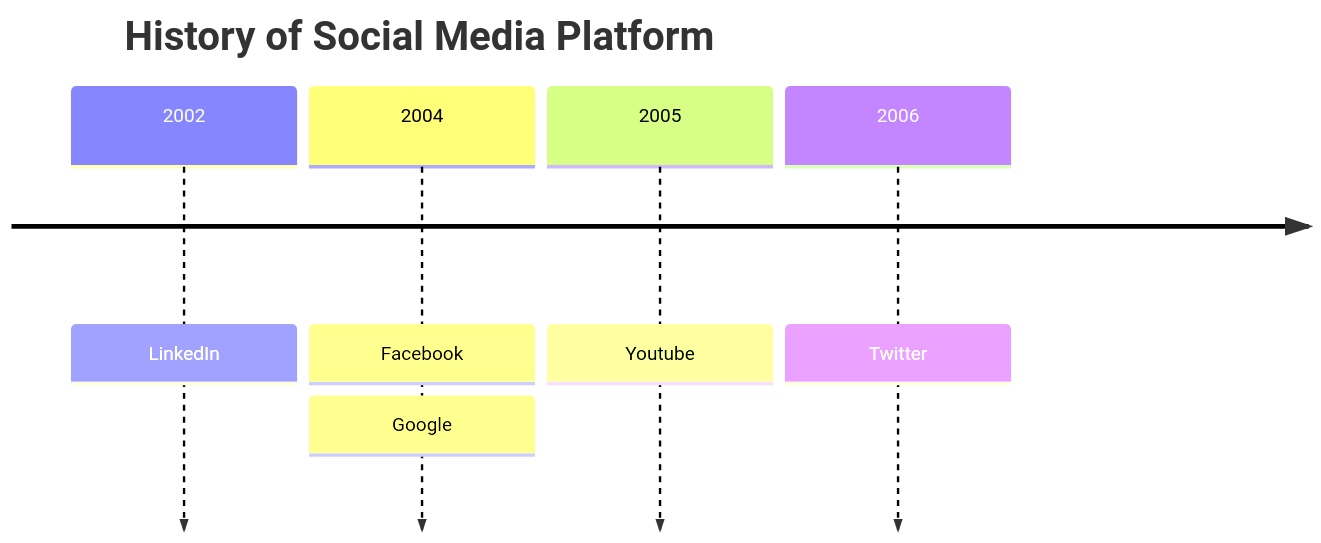
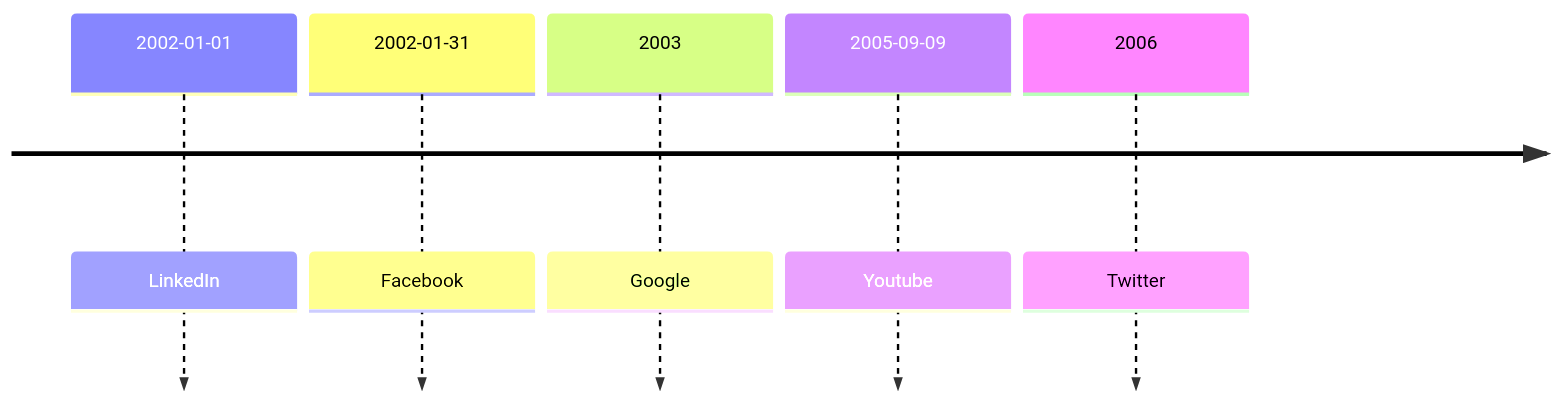
The diagram in ANKRD12.md (morinlab/lymphopedia), drawn with Mermaid before and after one commit.

Commit message:
Updated ANKRD12 (markdown)

````diff
--- a/ANKRD12.md
+++ b/ANKRD12.md
@@ -8,9 +8,8 @@
 ```mermaid
 timeline
-    title History of Social Media Platform
-    2002 : LinkedIn
-    2004 : Facebook
-         : Google
-    2005 : Youtube
+    2002-01-01 : LinkedIn
+    2002-01-31 : Facebook
+    2003 : Google
+    2005-09-09 : Youtube
     2006 : Twitter
 ```
````
